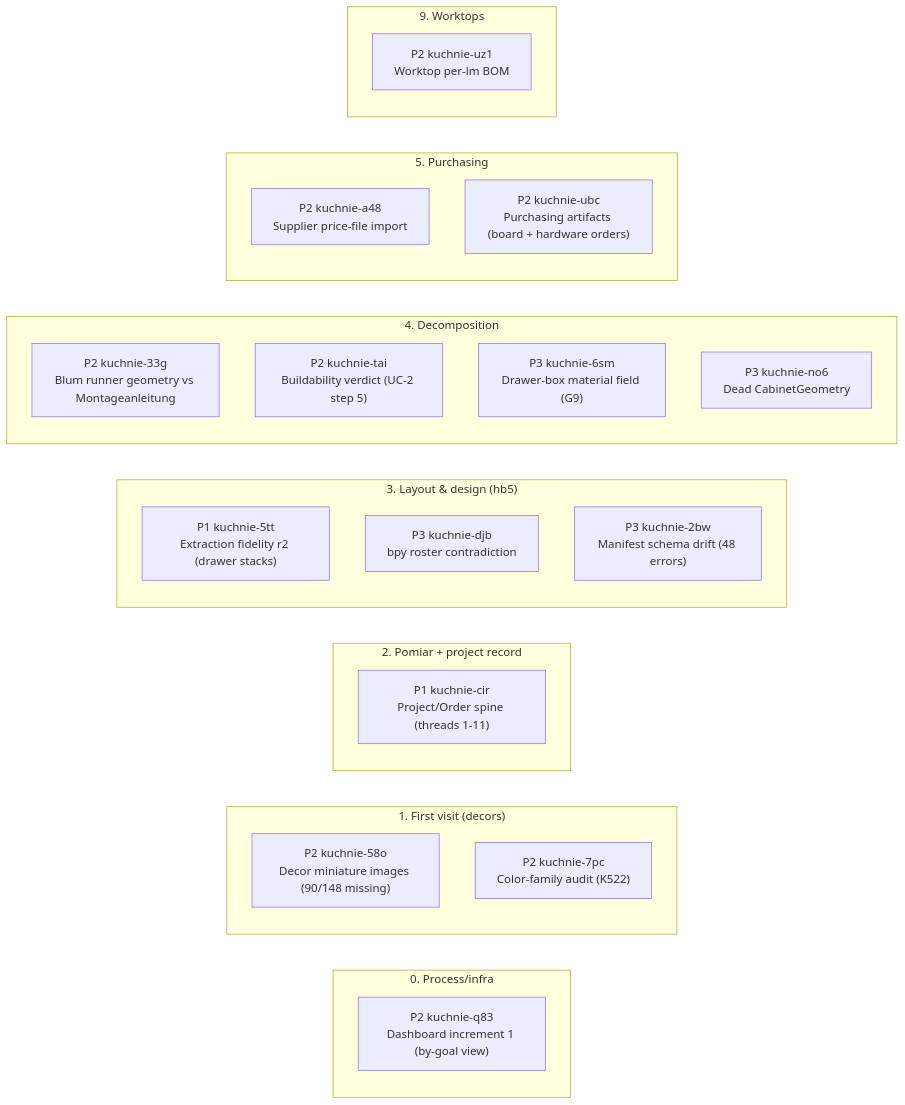
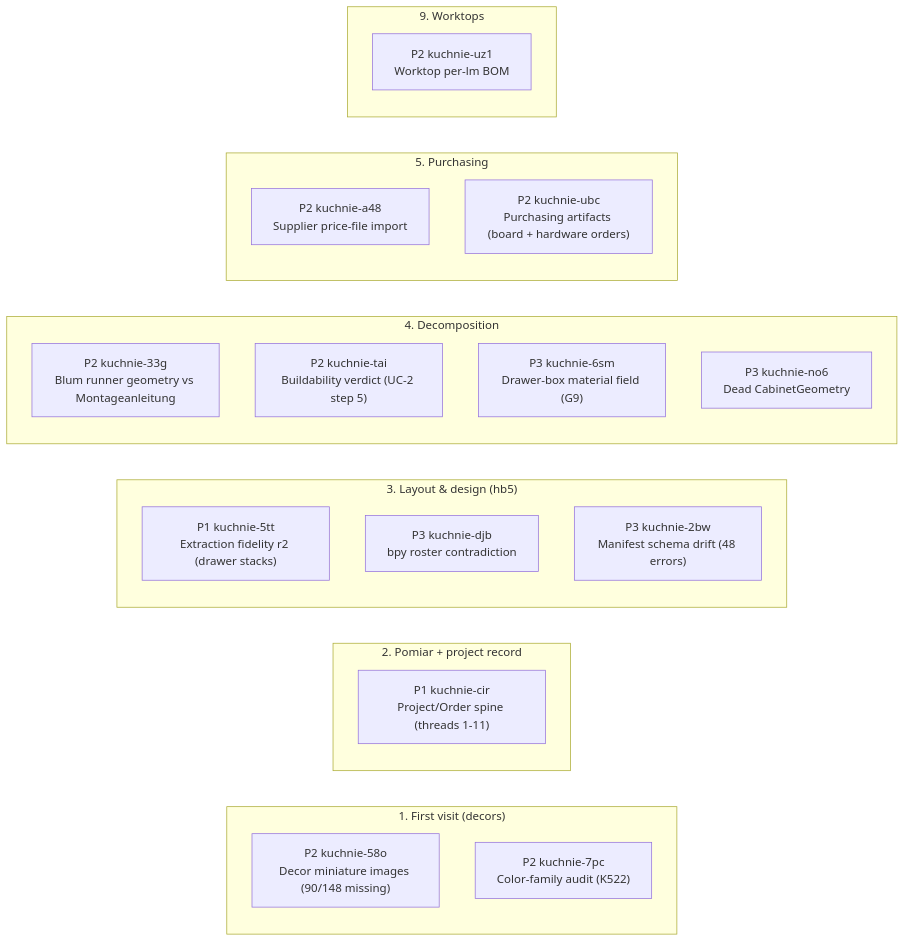
One commit to m1981/kuchnie changed the first of 2 diagrams in STATUS.md. Above: the diagram before and after it, drawn with Mermaid. The commit also changed other lines of this file and 6 other files, not shown here.

First line of the commit message:
dashboard: by-goal roadmap (uc column) + Serves: UC- spec-health warn (wk-a9212b40)

````diff
--- a/STATUS.md
+++ b/STATUS.md
@@ -36,31 +35,28 @@
 ```mermaid
 flowchart LR
-    subgraph s0 ["0. Process/infra"]
-        kuchnie_q83["P2 kuchnie-q83<br/>Dashboard increment 1 (by-goal view)"]
-    end
     subgraph s1 ["1. First visit (decors)"]
         kuchnie_58o["P2 kuchnie-58o<br/>Decor miniature images (90/148 missing)"]
         kuchnie_7pc["P2 kuchnie-7pc<br/>Color-family audit (K522)"]
     end
     subgraph s2 ["2. Pomiar + project record"]
         kuchnie_cir["P1 kuchnie-cir<br/>Project/Order spine (threads 1-11)"]
     end
     subgraph s3 ["3. Layout & design (hb5)"]
         kuchnie_5tt["P1 kuchnie-5tt<br/>Extraction fidelity r2 (drawer stacks)"]
         kuchnie_djb["P3 kuchnie-djb<br/>bpy roster contradiction"]
         kuchnie_2bw["P3 kuchnie-2bw<br/>Manifest schema drift (48 errors)"]
     end
     subgraph s4 ["4. Decomposition"]
         kuchnie_33g["P2 kuchnie-33g<br/>Blum runner geometry vs Montageanleitung"]
         kuchnie_tai["P2 kuchnie-tai<br/>Buildability verdict (UC-2 step 5)"]
         kuchnie_6sm["P3 kuchnie-6sm<br/>Drawer-box material field (G9)"]
         kuchnie_no6["P3 kuchnie-no6<br/>Dead CabinetGeometry"]
     end
     subgraph s5 ["5. Purchasing"]
         kuchnie_a48["P2 kuchnie-a48<br/>Supplier price-file import"]
         kuchnie_ubc["P2 kuchnie-ubc<br/>Purchasing artifacts (board + hardware orders)"]
     end
     subgraph s9 ["9. Worktops"]
         kuchnie_uz1["P2 kuchnie-uz1<br/>Worktop per-lm BOM"]
     end
 ```
````
